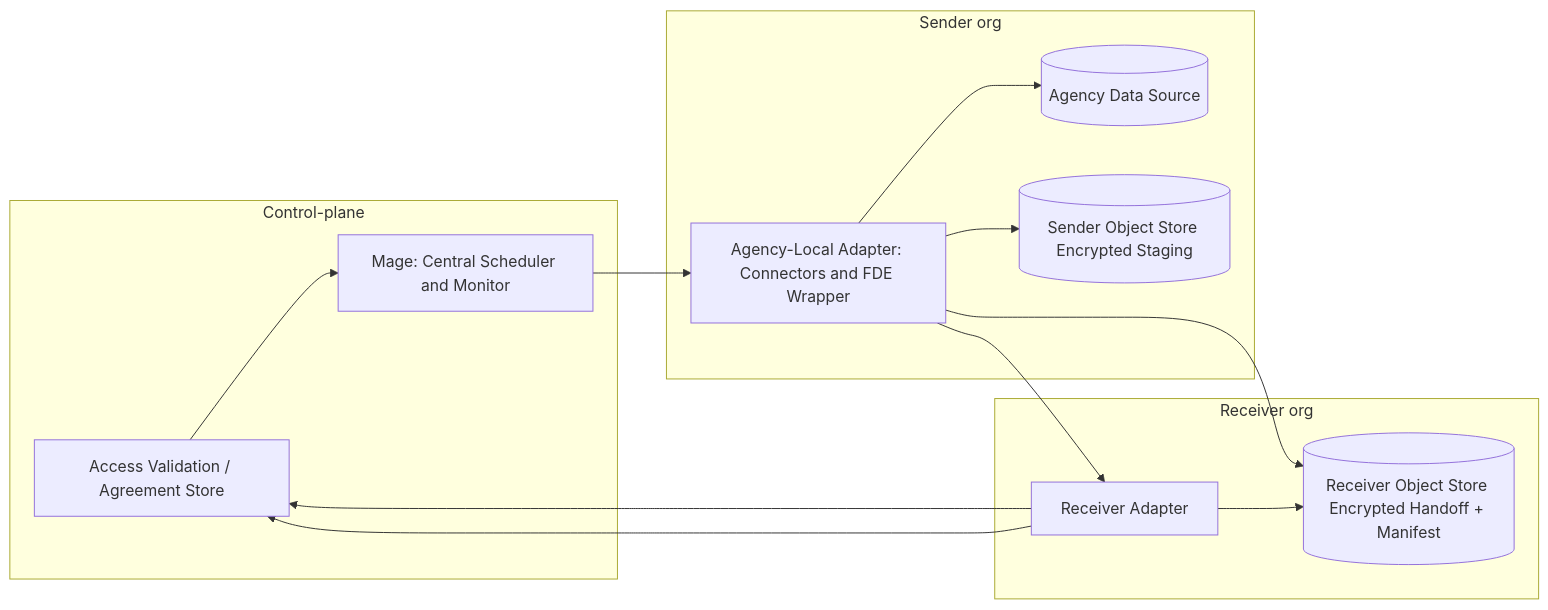
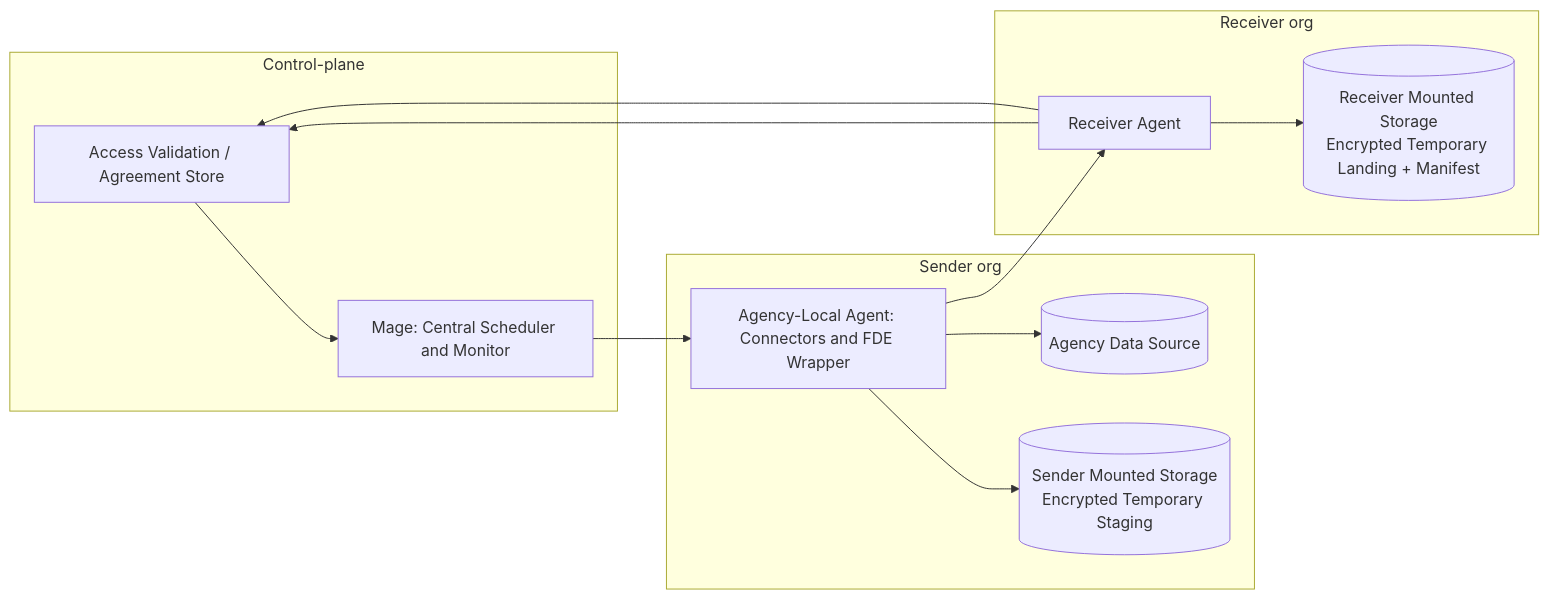
The sixth of 8 diagrams in docs/adr/0001-fde-architecture-diagrams.md (GSA-TTS/TTSE-Redwood), drawn with Mermaid before and after one commit. The commit also changed other lines of this file and 1 other file, not shown here.

First line of the commit message:
WIP: refine FDE agent transfer flow (static mounts, SSH agent-to-agent)

````diff
--- a/docs/adr/0001-fde-architecture-diagrams.md
+++ b/docs/adr/0001-fde-architecture-diagrams.md
@@ -187,28 +181,27 @@
 ```mermaid
 flowchart LR
   subgraph ControlPlane[Control-plane]
     AV[Access Validation / Agreement Store]
     M["Mage: Central Scheduler and Monitor"]
   end
 
   subgraph SenderOrg[Sender org]
-    A["Agency-Local Adapter: Connectors and FDE Wrapper"]
+    A["Agency-Local Agent: Connectors and FDE Wrapper"]
     SRC[(Agency Data Source)]
-    SOS[(Sender Object Store Encrypted Staging)]
+    SMS[(Sender Mounted Storage<br/>Encrypted Temporary Staging)]
   end
 
   subgraph ReceiverOrg[Receiver org]
-    R[Receiver Adapter]
-    ROS[(Receiver Object Store Encrypted Handoff + Manifest)]
+    RMS[(Receiver Mounted Storage<br/>Encrypted Temporary Landing + Manifest)]
+    R[Receiver Agent]
   end
 
   R --> AV
   AV --> M
   M --> A
   A --> SRC
-  A --> SOS
+  A --> SMS
   A --> R
   R --> AV
-  A --> ROS
-  R --> ROS
+  R --> RMS
 ```
````
